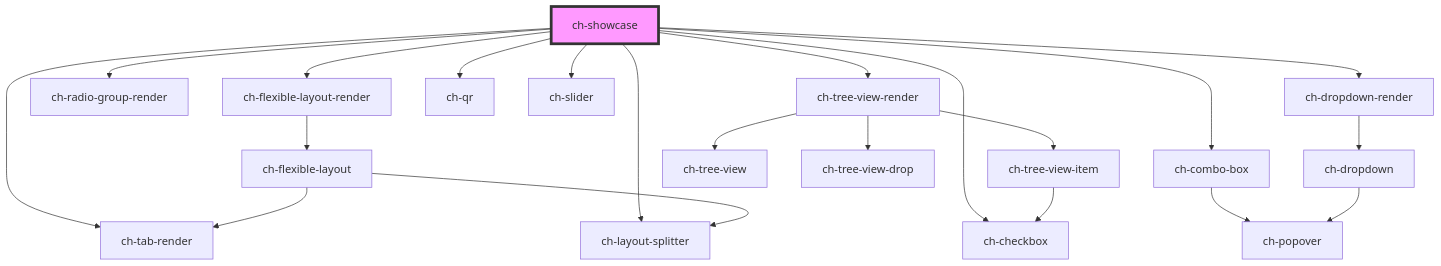
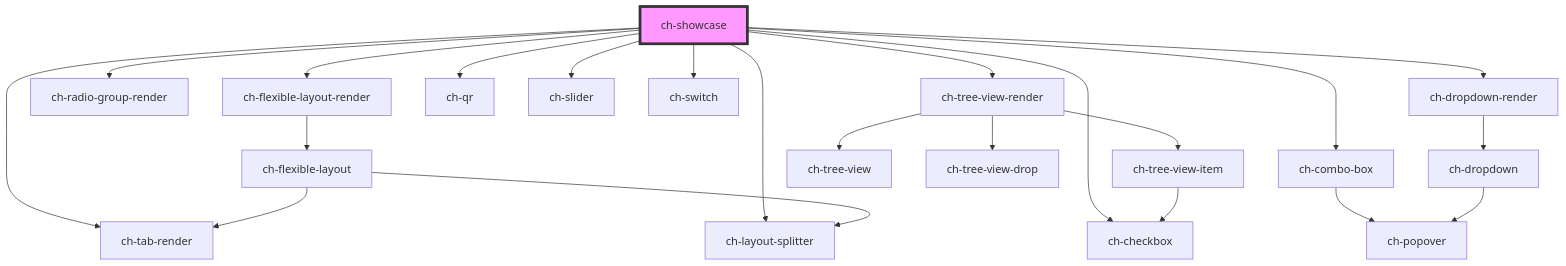
Before and after one commit to genexuslabs/chameleon-controls-library: the diagram in src/showcase/assets/components/readme.md, drawn with Mermaid. The commit also changed other lines of this file and 1 other file, not shown here.

Commit message:
Update readmes

````diff
--- a/src/showcase/assets/components/readme.md
+++ b/src/showcase/assets/components/readme.md
@@ -36,24 +37,25 @@
 ```mermaid
 graph TD;
   ch-showcase --> ch-flexible-layout-render
   ch-showcase --> ch-checkbox
   ch-showcase --> ch-combo-box
   ch-showcase --> ch-radio-group-render
   ch-showcase --> ch-dropdown-render
   ch-showcase --> ch-layout-splitter
   ch-showcase --> ch-qr
   ch-showcase --> ch-slider
+  ch-showcase --> ch-switch
   ch-showcase --> ch-tab-render
   ch-showcase --> ch-tree-view-render
   ch-flexible-layout-render --> ch-flexible-layout
   ch-flexible-layout --> ch-tab-render
   ch-flexible-layout --> ch-layout-splitter
   ch-combo-box --> ch-popover
   ch-dropdown-render --> ch-dropdown
   ch-dropdown --> ch-popover
   ch-tree-view-render --> ch-tree-view
   ch-tree-view-render --> ch-tree-view-drop
   ch-tree-view-render --> ch-tree-view-item
   ch-tree-view-item --> ch-checkbox
   style ch-showcase fill:#f9f,stroke:#333,stroke-width:4px
 ```
````
